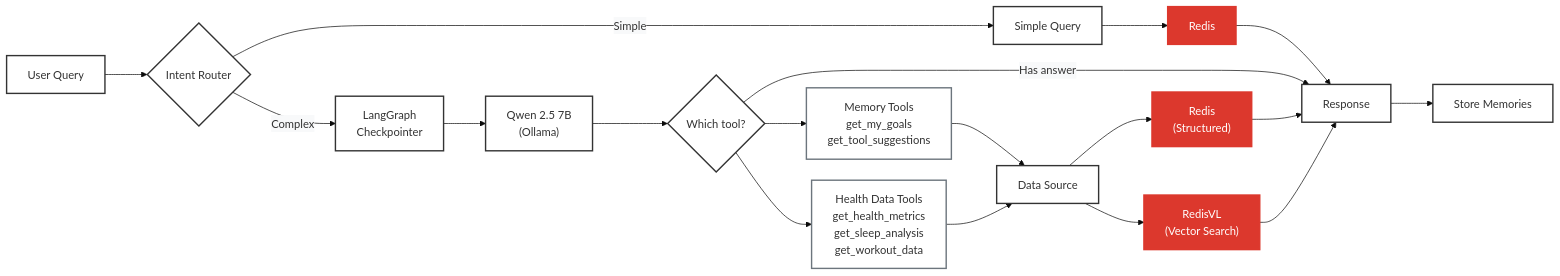
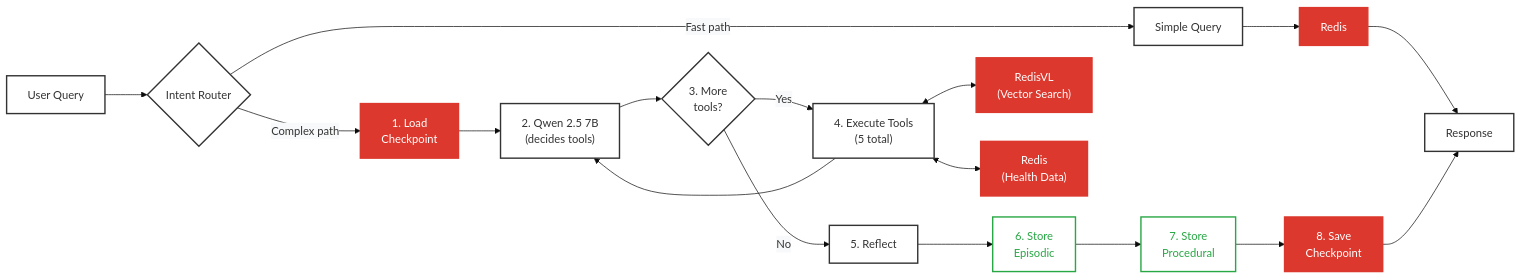
One commit to AllieRays/redis-wellness changed the fourth of 6 diagrams in docs/SLIDE_MATERIAL.md. Above: the diagram before and after it, drawn with Mermaid. The commit also changed other lines of this file and 3 other files, not shown here.

````diff
--- a/docs/SLIDE_MATERIAL.md
+++ b/docs/SLIDE_MATERIAL.md
@@ -34,51 +109,52 @@
 ```mermaid
 %%{init: {'theme':'base', 'themeVariables': { 'fontSize':'16px', 'edgeLabelBackground':'#f8f9fa'}, 'flowchart': {'rankSpacing': 60, 'nodeSpacing': 30}}}%%
 flowchart LR
     Query["User Query"]
     Router{"Intent Router"}
-    GoalOp["Simple Query"]
-    GoalRedis["Redis"]
-    Memory["LangGraph<br/>Checkpointer"]
-    LLM["Qwen 2.5 7B<br/>(Ollama)"]
-    Decision{"Which tool?"}
-    MemoryTools["Memory Tools<br/>get_my_goals<br/>get_tool_suggestions"]
-    HealthTools["Health Data Tools<br/>get_health_metrics<br/>get_sleep_analysis<br/>get_workout_data"]
-    DataSource["Data Source"]
-    RedisStructured["Redis<br/>(Structured)"]
-    RedisVector["RedisVL<br/>(Vector Search)"]
+    Simple["Simple Query"]
+    SimpleRedis["Redis"]
+    Load["1. Load<br/>Checkpoint"]
+    LLM["2. Qwen 2.5 7B<br/>(decides tools)"]
+    ToolDecision{"3. More<br/>tools?"}
+    Tools["4. Execute Tools<br/>(5 total)"]
+    Reflect["5. Reflect"]
+    StoreEpi["6. Store<br/>Episodic"]
+    StoreProc["7. Store<br/>Procedural"]
+    SaveCheck["8. Save<br/>Checkpoint"]
+    RedisVL["RedisVL<br/>(Vector Search)"]
+    RedisData["Redis<br/>(Health Data)"]
     Response["Response"]
-    Store["Store Memories"]
     
     Query --> Router
-    Router -->|"Simple"| GoalOp
-    Router -->|"Complex"| Memory
-    GoalOp --> GoalRedis
-    GoalRedis --> Response
-    Memory --> LLM
-    LLM --> Decision
-    Decision --> MemoryTools
-    Decision --> HealthTools
-    Decision -->|"Has answer"| Response
-    MemoryTools --> DataSource
-    HealthTools --> DataSource
-    DataSource --> RedisStructured
-    DataSource --> RedisVector
-    RedisStructured --> Response
-    RedisVector --> Response
-    Response --> Store
+    Router -->|"Fast path"| Simple
+    Router -->|"Complex path"| Load
+    Simple --> SimpleRedis
+    SimpleRedis --> Response
+    Load --> LLM
+    LLM --> ToolDecision
+    ToolDecision -->|"Yes"| Tools
+    ToolDecision -->|"No"| Reflect
+    Tools --> LLM
+    Reflect --> StoreEpi
+    StoreEpi --> StoreProc
+    StoreProc --> SaveCheck
+    Tools <--> RedisVL
+    Tools <--> RedisData
+    SaveCheck --> Response
     
     style Query fill:#fff,stroke:#333,stroke-width:2px
     style Router fill:#fff,stroke:#333,stroke-width:2px
-    style GoalOp fill:#fff,stroke:#333,stroke-width:2px
-    style GoalRedis fill:#dc382d,stroke:#dc382d,stroke-width:2px,color:#fff
-    style Memory fill:#fff,stroke:#333,stroke-width:2px
+    style Simple fill:#fff,stroke:#333,stroke-width:2px
+    style SimpleRedis fill:#dc382d,stroke:#dc382d,stroke-width:2px,color:#fff
+    style Load fill:#dc382d,stroke:#dc382d,stroke-width:2px,color:#fff
     style LLM fill:#fff,stroke:#333,stroke-width:2px
-    style Decision fill:#fff,stroke:#333,stroke-width:2px
-    style MemoryTools fill:#fff,stroke:#6c757d,stroke-width:2px
-    style HealthTools fill:#fff,stroke:#6c757d,stroke-width:2px
-    style DataSource fill:#fff,stroke:#333,stroke-width:2px
-    style RedisStructured fill:#dc382d,stroke:#dc382d,stroke-width:2px,color:#fff
-    style RedisVector fill:#dc382d,stroke:#dc382d,stroke-width:2px,color:#fff
+    style ToolDecision fill:#fff,stroke:#333,stroke-width:2px
+    style Tools fill:#fff,stroke:#333,stroke-width:2px
+    style Reflect fill:#fff,stroke:#333,stroke-width:2px
+    style StoreEpi fill:#fff,stroke:#28a745,stroke-width:2px,color:#28a745
+    style StoreProc fill:#fff,stroke:#28a745,stroke-width:2px,color:#28a745
+    style SaveCheck fill:#dc382d,stroke:#dc382d,stroke-width:2px,color:#fff
+    style RedisVL fill:#dc382d,stroke:#dc382d,stroke-width:2px,color:#fff
+    style RedisData fill:#dc382d,stroke:#dc382d,stroke-width:2px,color:#fff
     style Response fill:#fff,stroke:#333,stroke-width:2px
-    style Store fill:#fff,stroke:#333,stroke-width:2px
 ```
````
